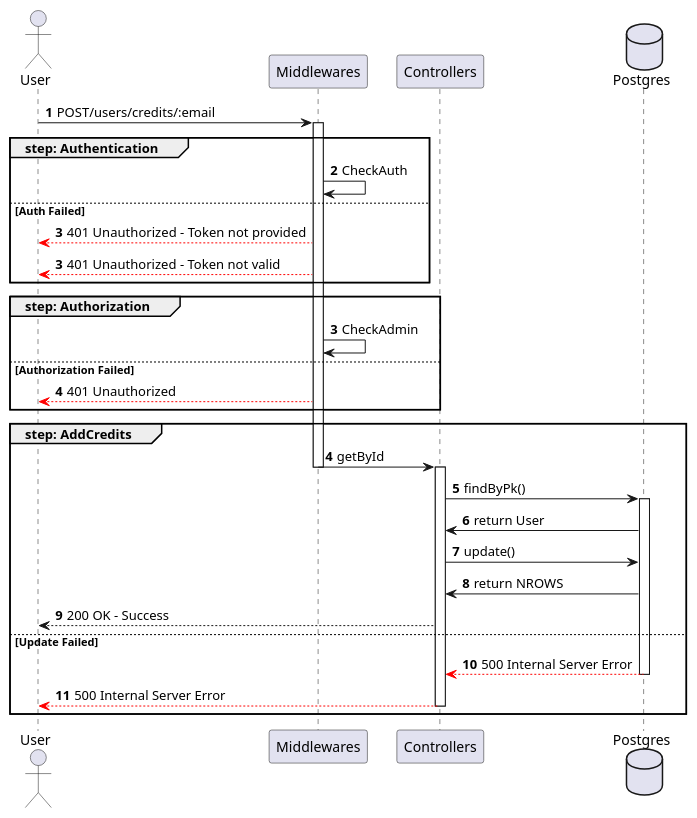
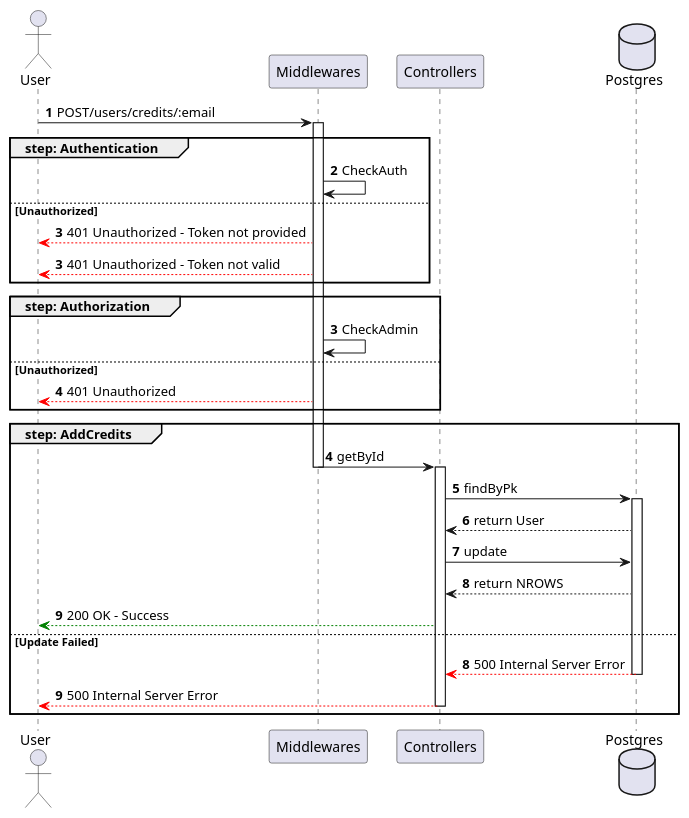
One commit to ShadowWalker1411/ProgrammazioneAvanzataREPO changed the diagram in sequence_diagrams/AddCredits.puml. Above: the diagram before and after it, drawn with PlantUML. The commit also changed 10 other files, not shown here.

```diff
--- a/sequence_diagrams/AddCredits.puml
+++ b/sequence_diagrams/AddCredits.puml
@@ -1,39 +1,40 @@
 @startuml addUser
 
 actor User
 participant Middlewares
 participant Controllers
 database Postgres
 
 autonumber
 User -> Middlewares ++: POST/users/credits/:email
 group step: Authentication
     Middlewares -> Middlewares : CheckAuth
-else Auth Failed
+else Unauthorized
     autonumber 3
     Middlewares --[#red]> User : 401 Unauthorized - Token not provided
     autonumber 3
     Middlewares --[#red]> User : 401 Unauthorized - Token not valid
 end
 
 group step: Authorization
     autonumber 3
     Middlewares -> Middlewares : CheckAdmin
-else Authorization Failed
+else Unauthorized
     Middlewares --[#red]> User : 401 Unauthorized
 end
 
 group step: AddCredits
     autonumber 4
     Middlewares -> Controllers --++: getById
-    Controllers -> Postgres ++: findByPk()
-    Postgres -> Controllers: return User
-    Controllers -> Postgres : update()
-    Postgres -> Controllers: return NROWS
-    Controllers --> User : 200 OK - Success
+    Controllers -> Postgres ++: findByPk
+    Postgres --> Controllers: return User
+    Controllers -> Postgres : update
+    Postgres --> Controllers: return NROWS
+    Controllers --[#green]> User : 200 OK - Success
 else Update Failed
+    autonumber 8
     Postgres --[#red]> Controllers --: 500 Internal Server Error
     Controllers --[#red]> User --: 500 Internal Server Error
 end
 
 @enduml
```
